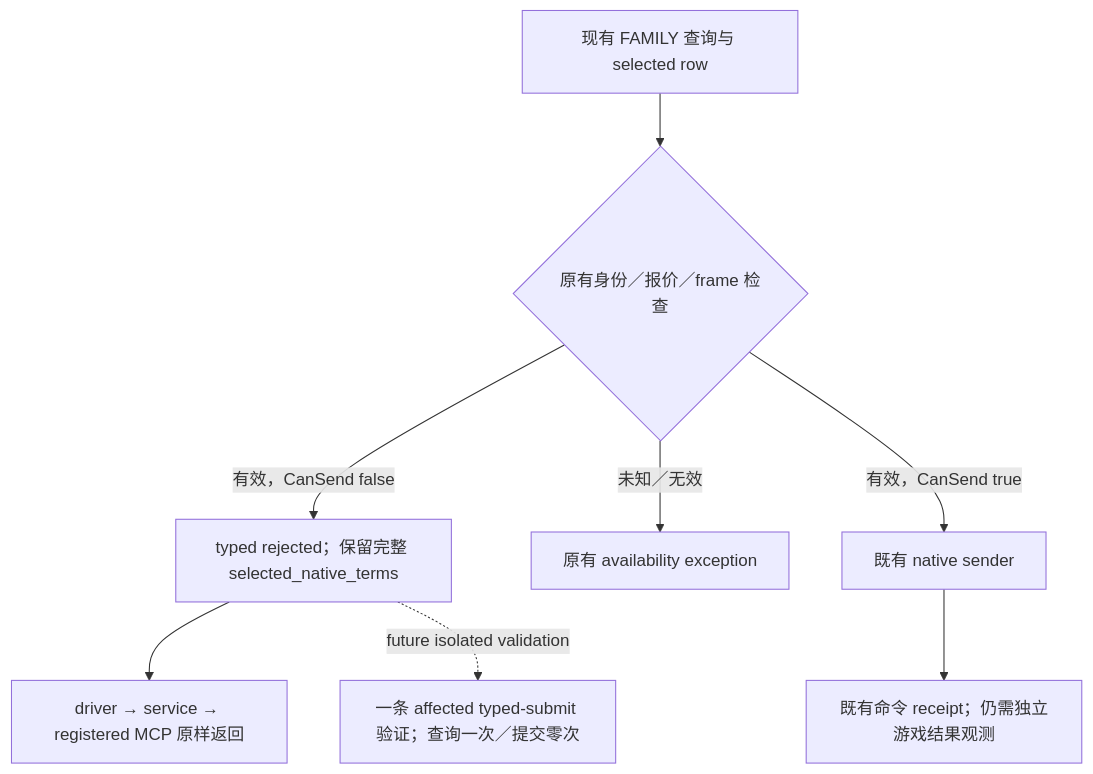
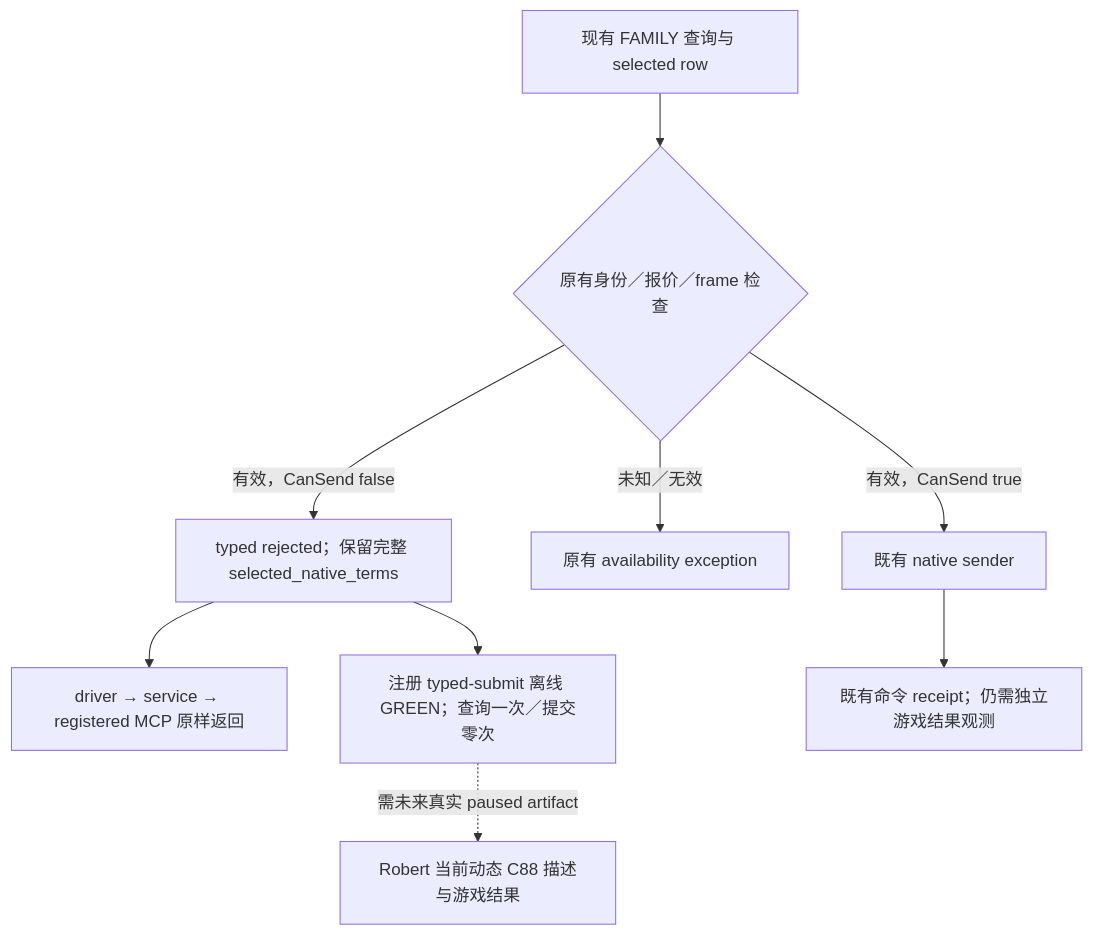
Before and after one commit to XenoAmess/ck3_eternal_recurrence: the diagram in docs/ck3-native-ai/call-ally-blocked-submit-diagnostic-consumer-12003.md, drawn with Mermaid. The commit also changed other lines of this file and 2 other files, not shown here.

````diff
--- a/docs/ck3-native-ai/call-ally-blocked-submit-diagnostic-consumer-12003.md
+++ b/docs/ck3-native-ai/call-ally-blocked-submit-diagnostic-consumer-12003.md
@@ -23,10 +23,11 @@
 ```mermaid
 flowchart TD
     Q[现有 FAMILY 查询与 selected row] --> V{原有身份／报价／frame 检查}
     V -->|有效，CanSend false| R[typed rejected；保留完整 selected_native_terms]
     V -->|未知／无效| E[原有 availability exception]
     V -->|有效，CanSend true| S[既有 native sender]
     R --> C[driver → service → registered MCP 原样返回]
     S --> A[既有命令 receipt；仍需独立游戏结果观测]
-    R -. future isolated validation .-> T[一条 affected typed-submit 验证；查询一次／提交零次]
+    R --> T[注册 typed-submit 离线 GREEN；查询一次／提交零次]
+    T -. 需未来真实 paused artifact .-> L[Robert 当前动态 C88 描述与游戏结果]
 ```
````
